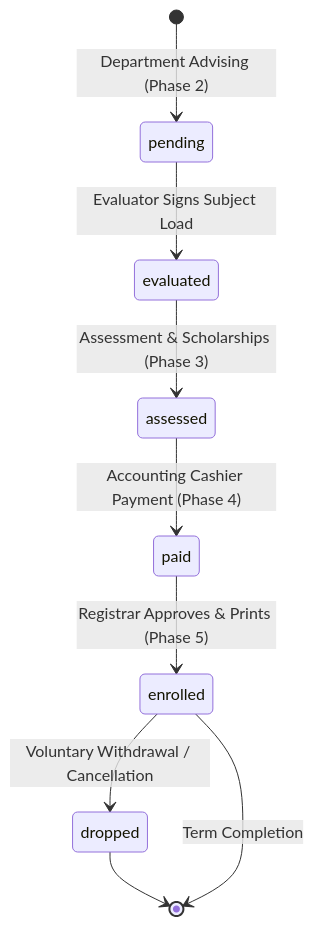
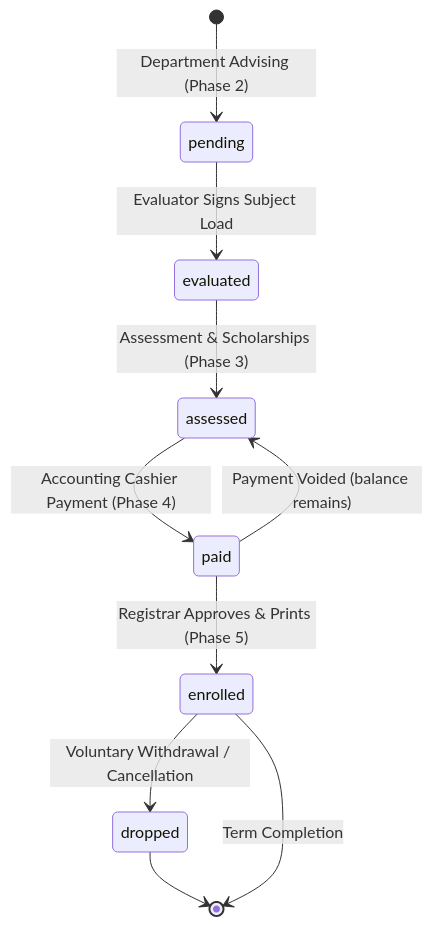
Before and after one commit to kirbygeagonia-create/EnrollmentManagementSystem: the third of 3 diagrams in Documentation/System_Storyboard_Walkthrough.md, drawn with Mermaid. The commit also changed other lines of this file and 21 other files, not shown here.

````diff
--- a/Documentation/System_Storyboard_Walkthrough.md
+++ b/Documentation/System_Storyboard_Walkthrough.md
@@ -366,11 +366,12 @@
 ```mermaid
 stateDiagram-v2
     [*] --> pending: Department Advising (Phase 2)
     pending --> evaluated: Evaluator Signs Subject Load
     evaluated --> assessed: Assessment & Scholarships (Phase 3)
     assessed --> paid: Accounting Cashier Payment (Phase 4)
     paid --> enrolled: Registrar Approves & Prints (Phase 5)
+    paid --> assessed: Payment Voided (balance remains)
     enrolled --> dropped: Voluntary Withdrawal / Cancellation
     dropped --> [*]
     enrolled --> [*]: Term Completion
 ```
````
